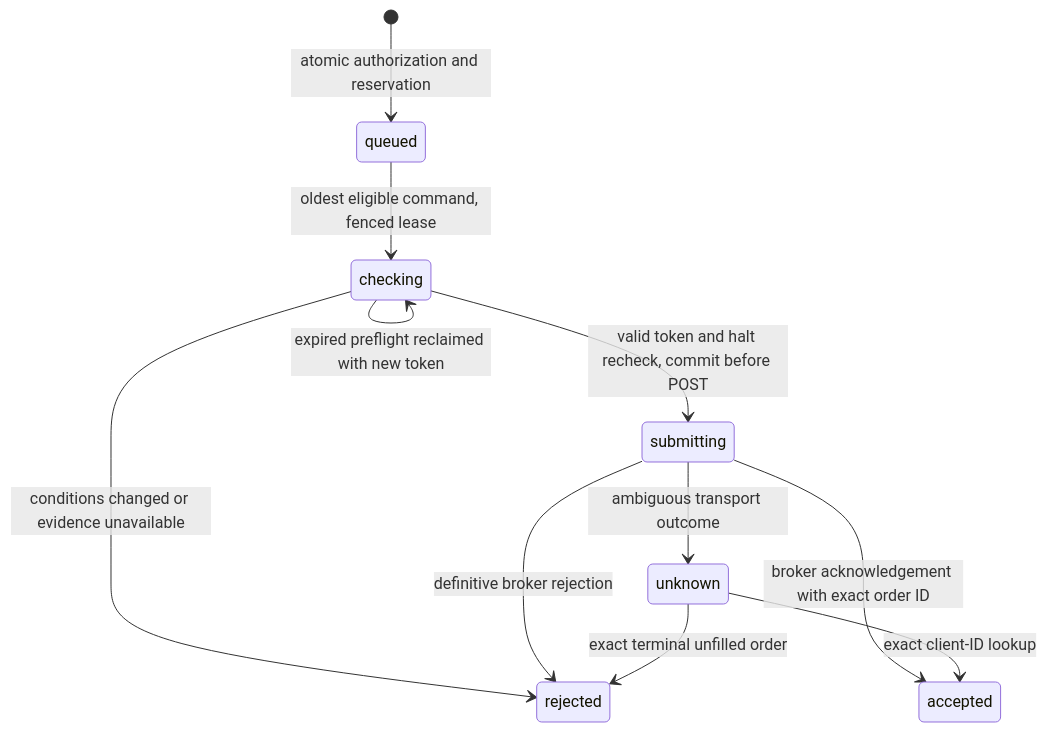
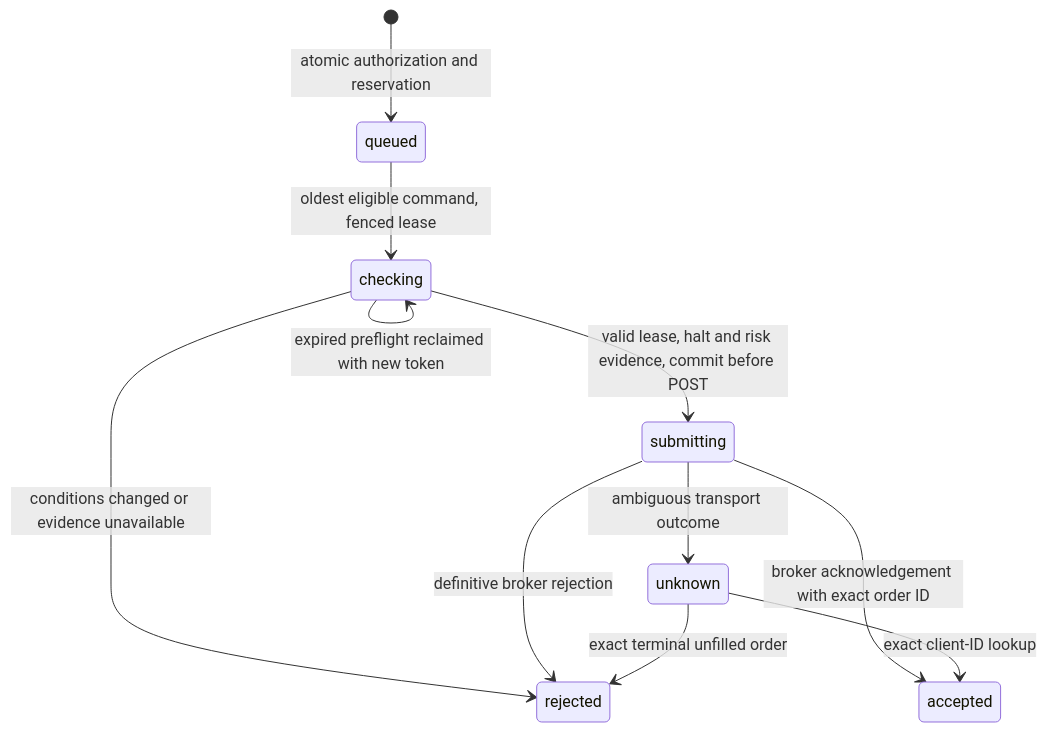
Before and after one commit to adamhadani/agentic-trader: the diagram in docs/durable-execution.md, drawn with Mermaid. The commit also changed other lines of this file and 40 other files, not shown here.

````diff
--- a/docs/durable-execution.md
+++ b/docs/durable-execution.md
@@ -42,13 +42,13 @@
 ```mermaid
 stateDiagram-v2
     [*] --> queued: atomic authorization and reservation
     queued --> checking: oldest eligible command, fenced lease
     checking --> checking: expired preflight reclaimed with new token
     checking --> rejected: conditions changed or evidence unavailable
-    checking --> submitting: valid token and halt recheck, commit before POST
+    checking --> submitting: valid lease, halt and risk evidence, commit before POST
     submitting --> accepted: broker acknowledgement with exact order ID
     submitting --> rejected: definitive broker rejection
     submitting --> unknown: ambiguous transport outcome
     unknown --> accepted: exact client-ID lookup
     unknown --> rejected: exact terminal unfilled order
 ```
````
